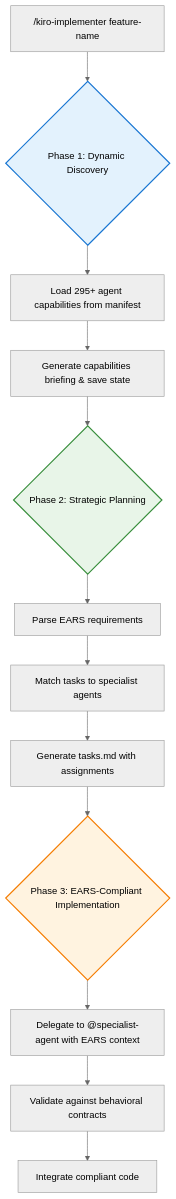
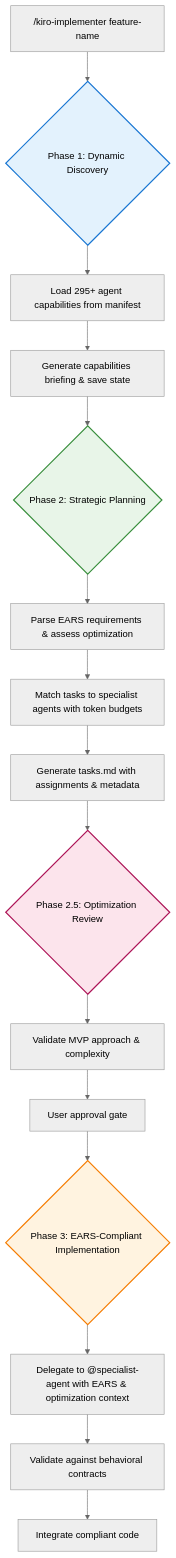
One commit to bizzkoot/kiro_style_claude_code changed the diagram in Enhanced-Kiro-Subagents/SUBAGENTS_README.md. Above: the diagram before and after it, drawn with Mermaid (neutral theme). The commit also changed other lines of this file, not shown here.

First line of the commit message:
docs(readme): Update SUBAGENTS_README.md with optimization features

````diff
--- a/Enhanced-Kiro-Subagents/SUBAGENTS_README.md
+++ b/Enhanced-Kiro-Subagents/SUBAGENTS_README.md
@@ -76,20 +77,25 @@
 ```mermaid
 graph TD
     A["/kiro-implementer feature-name"] --> B{Phase 1: Dynamic Discovery}
     B --> C[Load 295+ agent capabilities from manifest]
     C --> E[Generate capabilities briefing & save state]
     
     E --> F{Phase 2: Strategic Planning}
-    F --> G[Parse EARS requirements]
-    G --> I[Match tasks to specialist agents]
-    I --> J[Generate tasks.md with assignments]
+    F --> G[Parse EARS requirements & assess optimization]
+    G --> I[Match tasks to specialist agents with token budgets]
+    I --> J[Generate tasks.md with assignments & metadata]
     
-    J --> K{Phase 3: EARS-Compliant Implementation}
-    K --> L[Delegate to @specialist-agent with EARS context]
+    J --> J2{Phase 2.5: Optimization Review}
+    J2 --> J3[Validate MVP approach & complexity]
+    J3 --> J4[User approval gate]
+
+    J4 --> K{Phase 3: EARS-Compliant Implementation}
+    K --> L[Delegate to @specialist-agent with EARS & optimization context]
     L --> N[Validate against behavioral contracts]
     N --> O[Integrate compliant code]
     
     style B fill:#e3f2fd,stroke:#1976d2,stroke-width:2px,color:#000000
     style F fill:#e8f5e8,stroke:#388e3c,stroke-width:2px,color:#000000
+    style J2 fill:#fce4ec,stroke:#ad1457,stroke-width:2px,color:#000000
     style K fill:#fff3e0,stroke:#f57c00,stroke-width:2px,color:#000000
 ```
````
